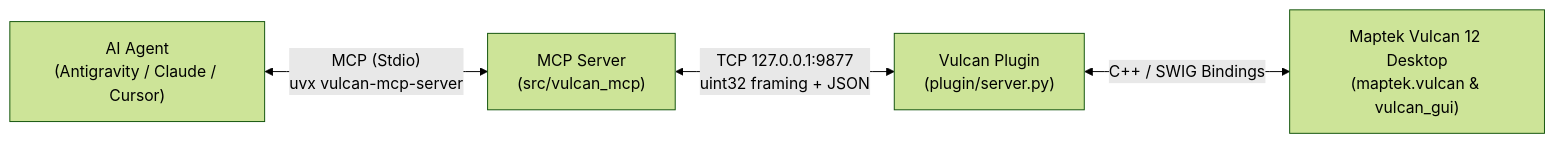
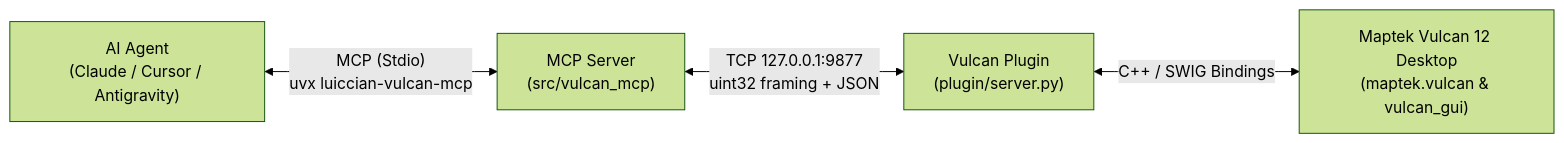
One commit to LuiccianDev/vulcan-mcp changed the diagram in README.md. Above: the diagram before and after it, drawn with Mermaid (forest theme). The commit also changed other lines of this file and 6 other files, not shown here.

````diff
--- a/README.md
+++ b/README.md
@@ -131,6 +94,6 @@
 ```mermaid
 flowchart LR
-    A["AI Agent<br/>(Antigravity / Claude / Cursor)"] <-->|"MCP (Stdio)<br/>uvx vulcan-mcp-server"| B["MCP Server<br/>(src/vulcan_mcp)"]
+    A["AI Agent<br/>(Claude / Cursor / Antigravity)"] <-->|"MCP (Stdio)<br/>uvx luiccian-vulcan-mcp"| B["MCP Server<br/>(src/vulcan_mcp)"]
     B <-->|"TCP 127.0.0.1:9877<br/>uint32 framing + JSON"| C["Vulcan Plugin<br/>(plugin/server.py)"]
     C <-->|"C++ / SWIG Bindings"| D["Maptek Vulcan 12 Desktop<br/>(maptek.vulcan & vulcan_gui)"]
 ```
````
